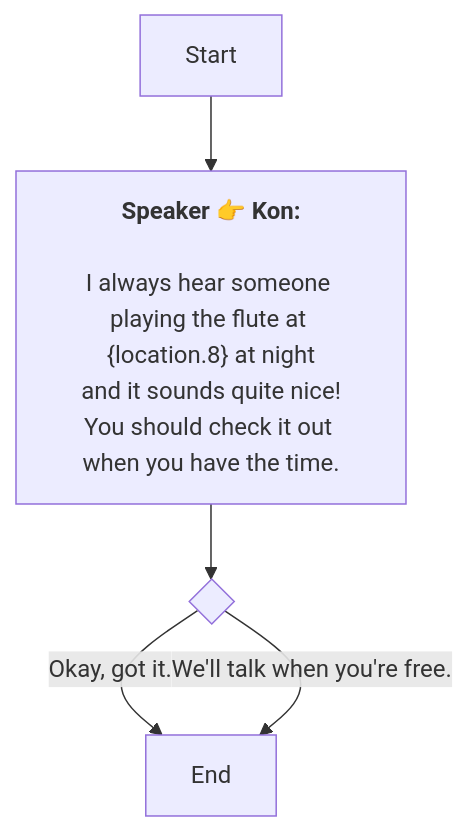
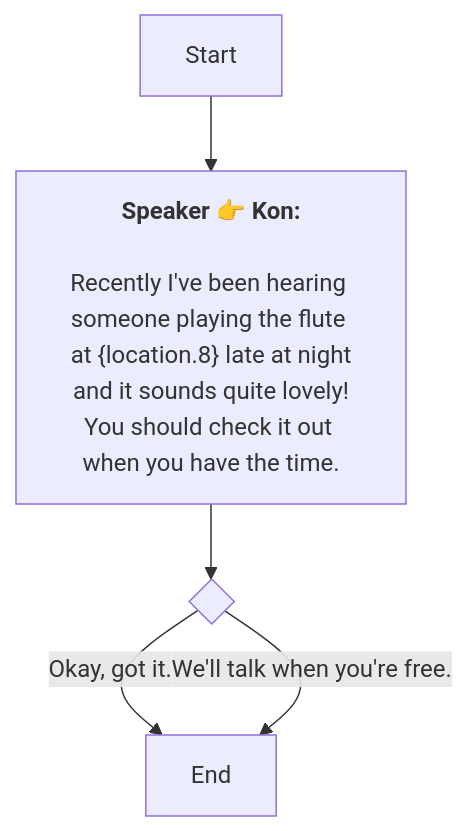
One commit to SoftHu/tos_avg changed the diagram in En/QuestStartTalkENode_1752682175385345.md. Above: the diagram before and after it, drawn with Mermaid. The commit also changed 297 other files, not shown here.

````diff
--- a/En/QuestStartTalkENode_1752682175385345.md
+++ b/En/QuestStartTalkENode_1752682175385345.md
@@ -1,12 +1,12 @@
 ```mermaid
 graph
 Start -->1752682875416325[<b>Speaker 👉 Kon:</b>
 
-I always hear someone playing the flute at &lbrace;location.8&rbrace; at night
-and it sounds quite nice!
+Recently I've been hearing someone playing the flute at &lbrace;location.8&rbrace; late at night
+and it sounds quite lovely!
 You should check it out when you have the time.]
 1752682875416325 -->1752683452349190{ }
 1752683452349190 -->|Okay, got it.|1752683556918027[End]
 1752683452349190 -->|We'll talk when you're free.|1752683556918027[End]
 
  ```
````
